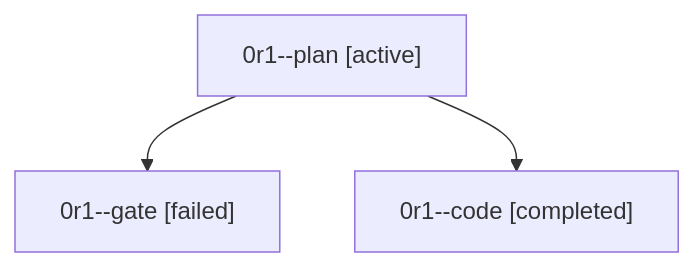
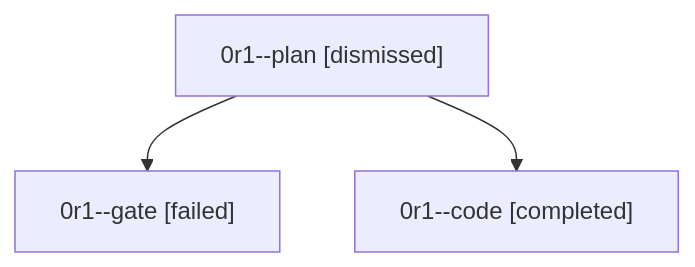
The diagram in sessions/bbugyi200.athena.0r1.md (sase-org/sase--agents), drawn with Mermaid before and after one commit. The commit also changed other lines of this file and 30 other files, not shown here.

````diff
--- a/sessions/bbugyi200.athena.0r1.md
+++ b/sessions/bbugyi200.athena.0r1.md
@@ -9,8 +9,8 @@
 ```mermaid
 flowchart TD
-  n0["0r1--plan [active]"]
+  n0["0r1--plan [dismissed]"]
   n1["0r1--gate [failed]"]
   n0 --> n1
   n2["0r1--code [completed]"]
   n0 --> n2
 ```
````
